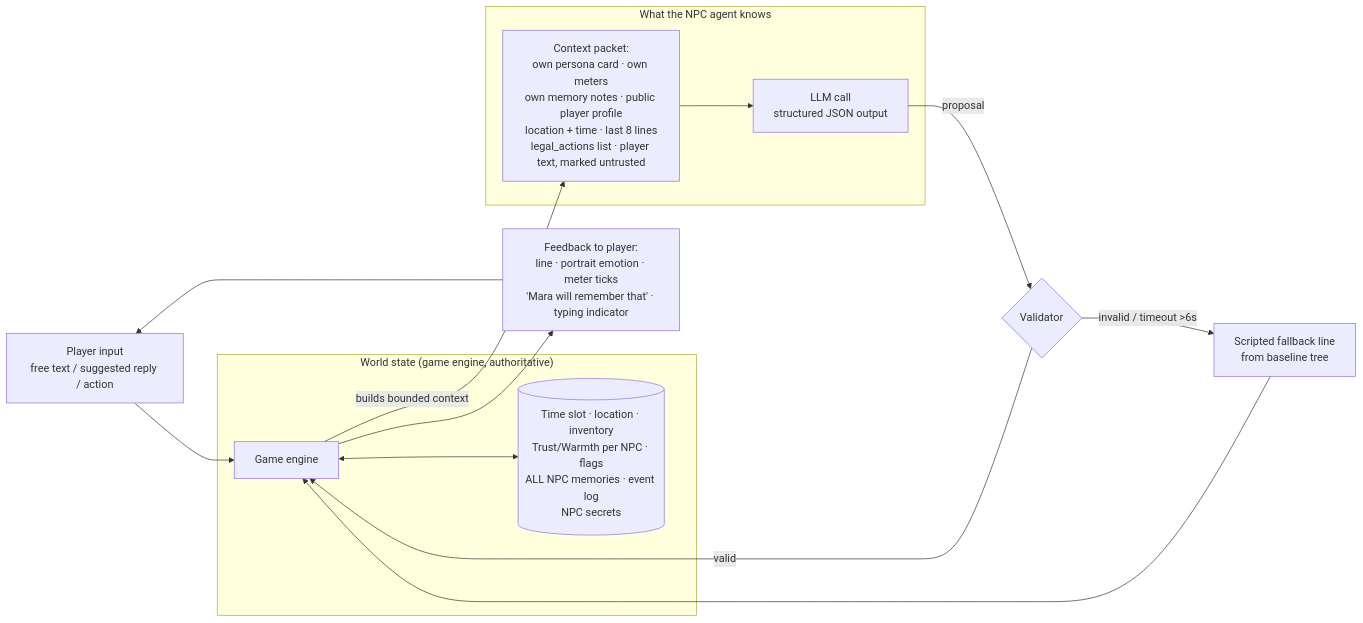
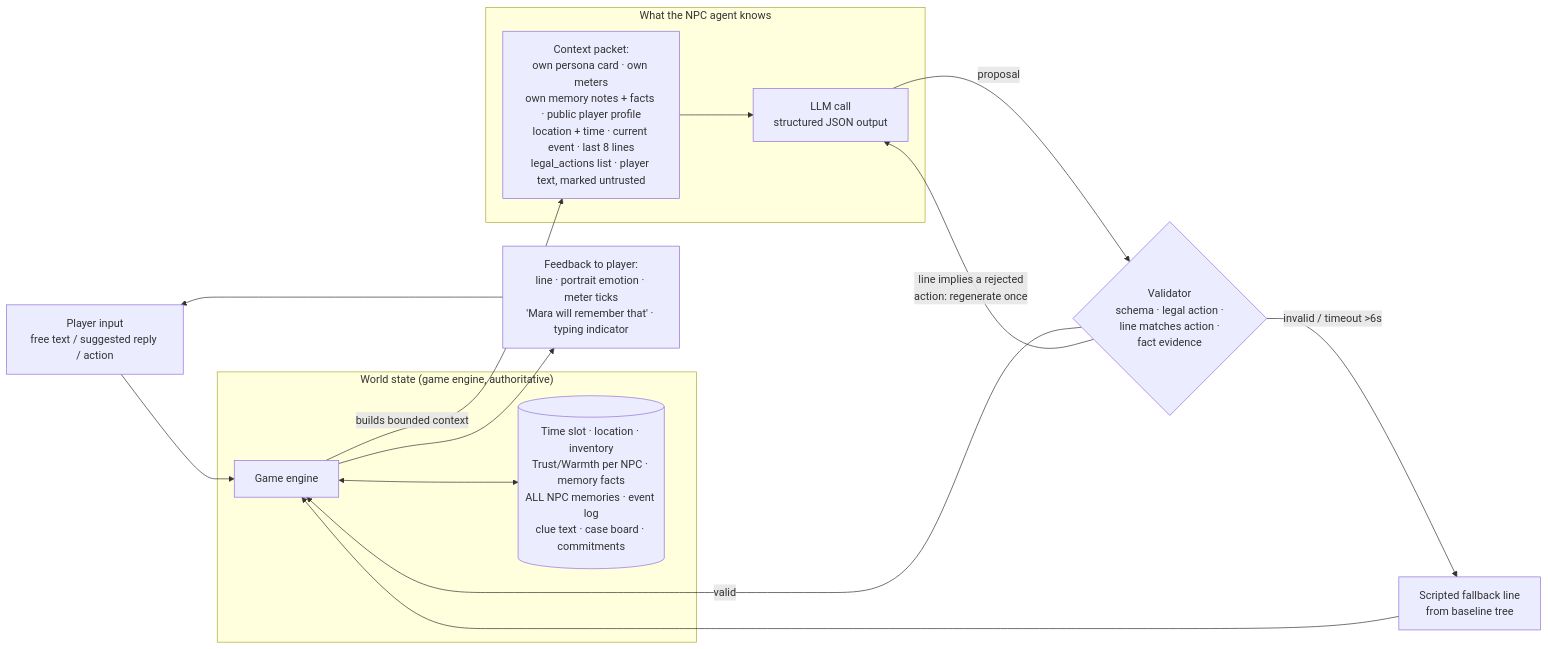
The diagram in after-hours/docs/CONFIGURATION.md (avarose444/game-dev-f26), drawn with Mermaid before and after one commit. The commit also changed other lines of this file and 4 other files, not shown here.

Commit message:
After Hours v0.2: mystery objective, memory facts and dialogue consistency checks from G1 Braintrust feedback

````diff
--- a/after-hours/docs/CONFIGURATION.md
+++ b/after-hours/docs/CONFIGURATION.md
@@ -18,25 +18,26 @@
 ```mermaid
 flowchart LR
   P[Player input<br/>free text / suggested reply / action] --> G
 
   subgraph WORLD["World state (game engine, authoritative)"]
     G[Game engine]
-    S[(Time slot · location · inventory<br/>Trust/Warmth per NPC · flags<br/>ALL NPC memories · event log<br/>NPC secrets)]
+    S[(Time slot · location · inventory<br/>Trust/Warmth per NPC · memory facts<br/>ALL NPC memories · event log<br/>clue text · case board · commitments)]
     G <--> S
   end
 
   G -- "builds bounded context" --> C
 
   subgraph AGENT["What the NPC agent knows"]
-    C[Context packet:<br/>own persona card · own meters<br/>own memory notes · public player profile<br/>location + time · last 8 lines<br/>legal_actions list · player text, marked untrusted]
+    C[Context packet:<br/>own persona card · own meters<br/>own memory notes + facts · public player profile<br/>location + time · current event · last 8 lines<br/>legal_actions list · player text, marked untrusted]
     M[LLM call<br/>structured JSON output]
     C --> M
   end
 
-  M -- "proposal" --> V{Validator}
+  M -- "proposal" --> V{Validator<br/>schema · legal action ·<br/>line matches action ·<br/>fact evidence}
   V -- "valid" --> G
+  V -- "line implies a rejected<br/>action: regenerate once" --> M
   V -- "invalid / timeout >6s" --> F[Scripted fallback line<br/>from baseline tree]
   F --> G
   G --> FB[Feedback to player:<br/>line · portrait emotion · meter ticks<br/>'Mara will remember that' · typing indicator]
   FB --> P
 ```
````
